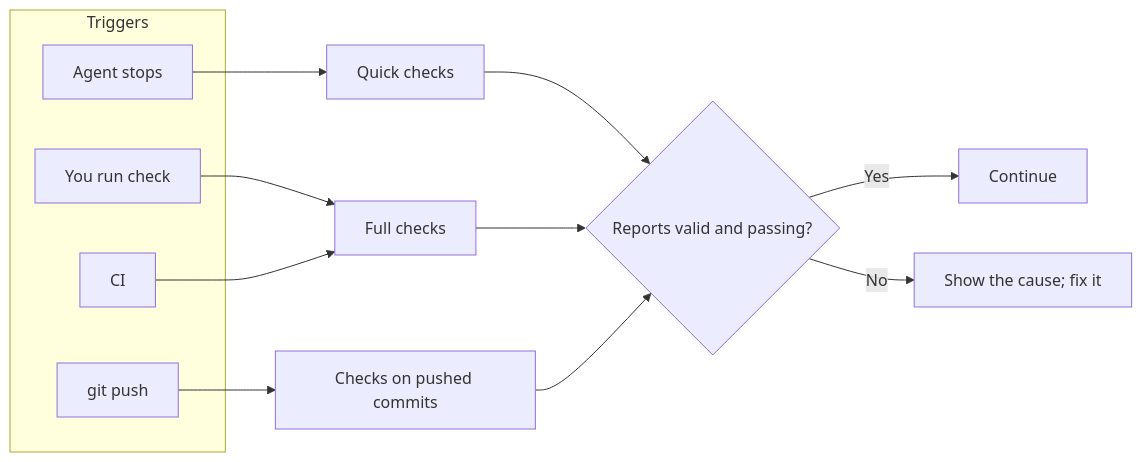
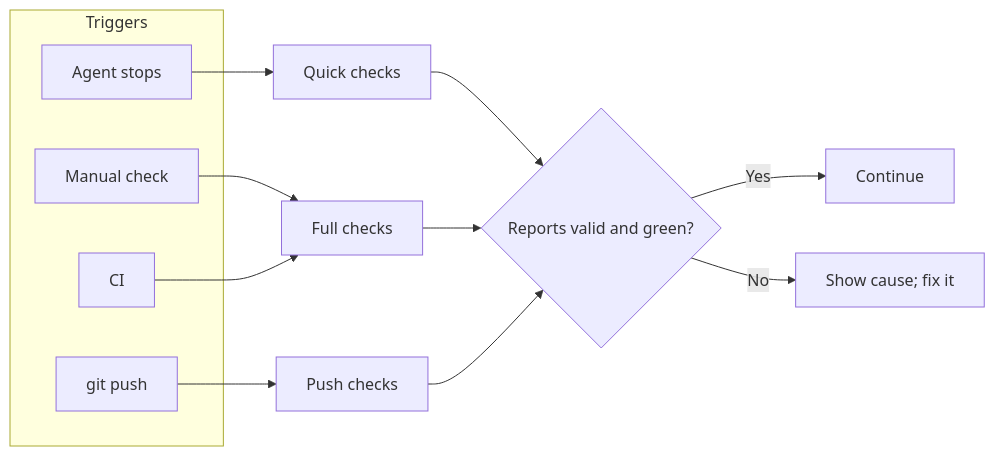
Before and after one commit to sgaabdu4/hard-eng: the seventh of 7 diagrams in README.md, drawn with Mermaid. The commit also changed other lines of this file and 1 other file, not shown here.

````diff
--- a/README.md
+++ b/README.md
@@ -449,18 +311,16 @@
 ```mermaid
 flowchart LR
   subgraph Triggers
     A[Agent stops]
-    B[You run check]
+    B[Manual check]
     C[git push]
     D[CI]
   end
   A --> Q[Quick checks]
   B --> F[Full checks]
-  C --> I[Checks on pushed commits]
+  C --> I[Push checks]
   D --> F
-  Q --> R{Reports valid and passing?}
-  F --> R
-  I --> R
+  Q & F & I --> R{Reports valid and green?}
   R -->|Yes| OK[Continue]
-  R -->|No| FIX[Show the cause; fix it]
+  R -->|No| FIX[Show cause; fix it]
 ```
````
